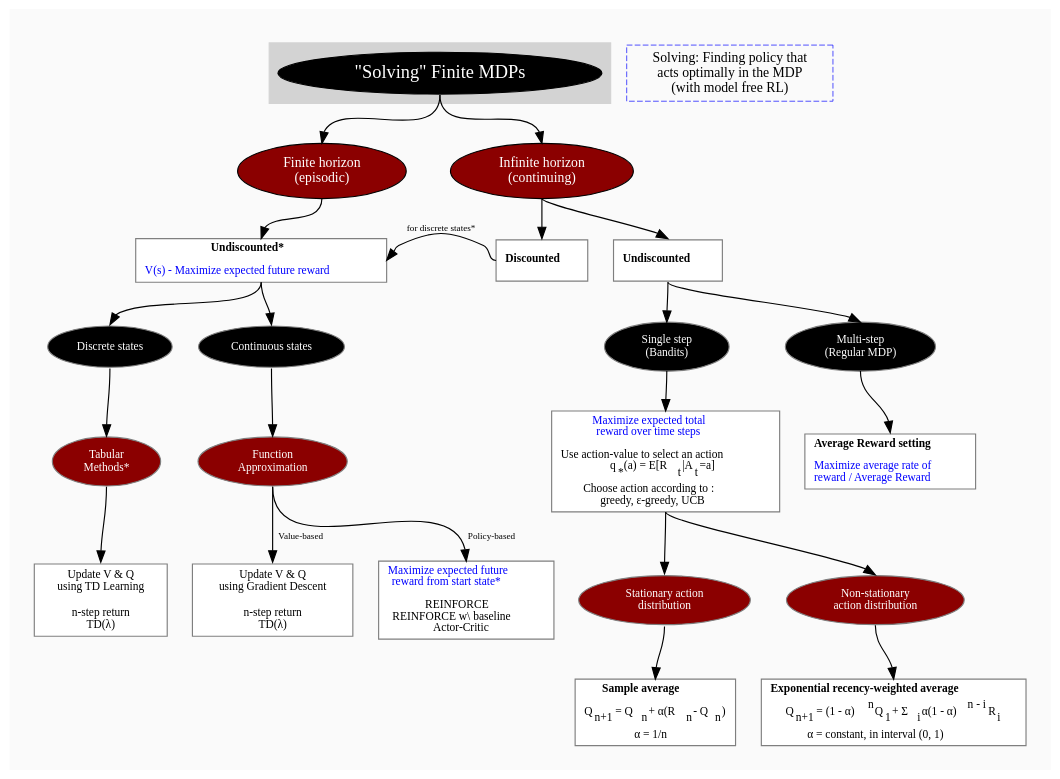
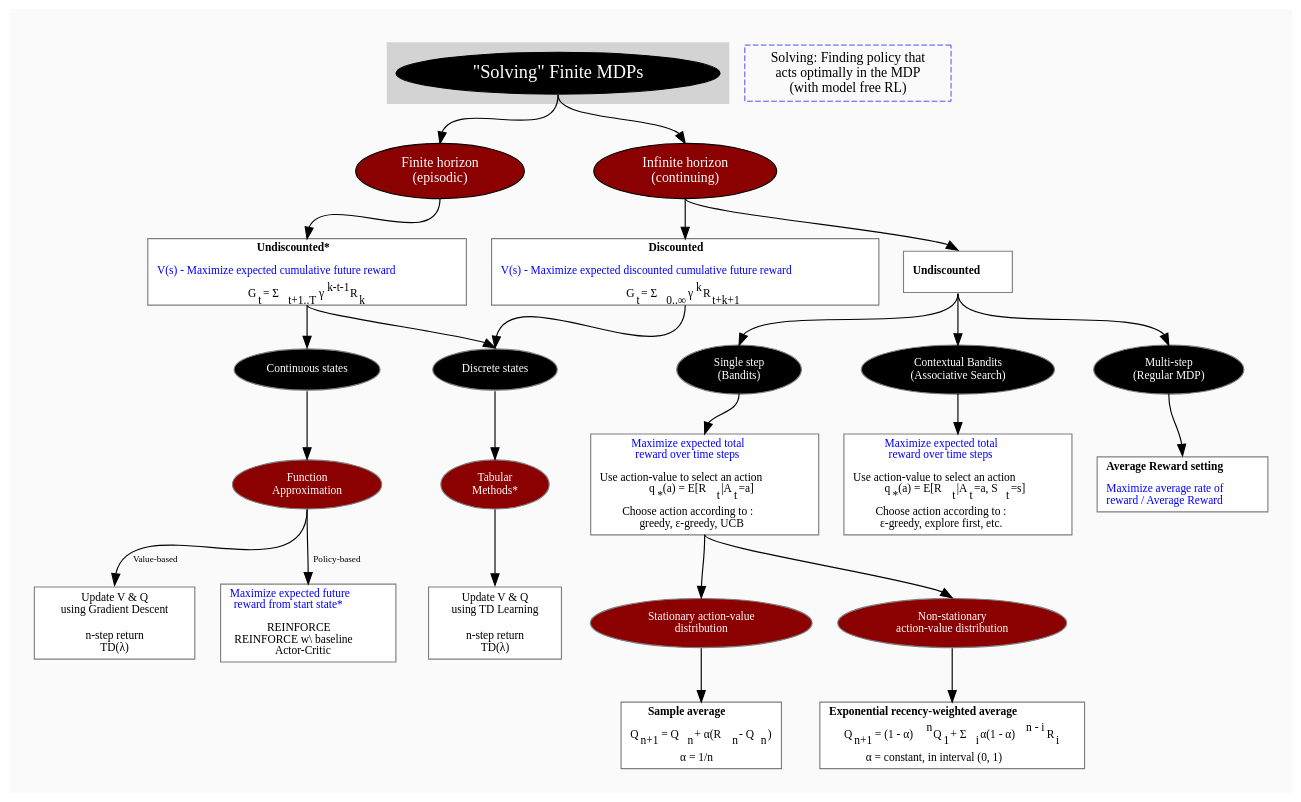
The diagram in solving_mdps_with_model_free_rl/solving_mdps_with_model_free_rl.dot (amy12xx/ml_notes_and_reports), drawn with Graphviz before and after one commit. The commit also changed 1 other file, not shown here.

```diff
--- a/solving_mdps_with_model_free_rl/solving_mdps_with_model_free_rl.dot
+++ b/solving_mdps_with_model_free_rl/solving_mdps_with_model_free_rl.dot
@@ -1,156 +1,179 @@
 digraph G {
 splines=true
 bgcolor=grey98
 pad=0.3
 style=filled
 edge[minlen=2]
 edge[headport=n, tailport=s, label=""]
 node[style=filled, fontcolor=white]
 ranksep=0.1
 nodesep=0.3
 
 
 // LEVEL 1
 subgraph cluster_0 {
 style=filled
 color=lightgrey
 fontsize=12
 node[fillcolor=black, fontcolor=white, fontsize=16]
 a1[label="\"Solving\" Finite MDPs"]
 //label = "Solving \: finding policy that acts optimally\n in the MDP";
 //labelloc = "b";
 }
 
 
 // LEVEL 2
 node[fillcolor=red4, fontsize=12]
 b1[label="Finite horizon \n(episodic)"]
 node[fillcolor=red4, fontsize=12]
 b2[label="Infinite horizon \n(continuing)"]
 a1-> b1
 a1-> b2
 
 
 // LEVEL 3
 node[fontcolor=black, fontsize=10]
 node[shape=box, fillcolor=white, color=grey50]
-c1[label=<<b>Undiscounted*</b> <br/><br/><font color="blue">V(s) - Maximize expected future reward</font>>]
+c1[label=<<b>Undiscounted*</b> <br/><br/>
+<font color="blue">V(s) - Maximize expected cumulative future reward</font>
+<br/><br/>
+G<sub>t</sub> = &Sigma;<sub>t+1..T</sub>&gamma;<sup>k-t-1</sup>R<sub>k</sub>
+>]
 node[shape=box, fillcolor=white, color=grey50]
-c2[label=<<b>Discounted</b>>]
-edge[headport=e, tailport=w, label="for discrete states*", fontsize=8]
-c2-> c1[constraint=false]
+c2[label=<<b>Discounted</b><br/><br/>
+<font color="blue">V(s) - Maximize expected discounted cumulative future reward</font>
+<br/><br/>
+G<sub>t</sub> = &Sigma;<sub>0..&infin;</sub>&gamma;<sup>k</sup>R<sub>t+k+1</sub>
+>]
 node[shape=box, fillcolor=white, color=grey50]
 c3[label=<<b>Undiscounted</b>>]
 edge[headport=n, tailport=s, label="", style=filled]
 b1-> c1
 b2-> c2
 b2-> c3
 
 
 // LEVEL 4
 node[style="filled", shape=ellipse, fillcolor=black, fontcolor=white, fontsize=10]
+d2[label="Continuous states"]
+node[style="filled", shape=ellipse, fillcolor=black, fontcolor=white, fontsize=10]
 d1[label="Discrete states"]
-node[style="filled", shape=ellipse, fillcolor=black, fontcolor=white, fontsize=10]
-d2[label="Continuous states"]
 c1-> d1
 c1-> d2
 
+edge[headport=n, tailport=s, label="", fontsize=8]
+c2-> d1
 
 // LEVEL 5
 node[fillcolor=red4, fontcolor=white, fontsize=10]
 e1[label="Tabular \nMethods\*"]
 d1-> e1
 
 node[fillcolor=red4, fontcolor=white, fontsize=10]
 e2[label="Function \nApproximation"]
 d2-> e2
 
 
 // LEVEL 6
 node[fillcolor=white, fontcolor=black, shape=box, fontsize=10]
 f1[label="Update V & Q \nusing TD Learning \n \nn\-step return \nTD\(&lambda;\)"]
 e1-> f1
 
 node[fillcolor=white, fontcolor=black, shape=box, fontsize=10]
 f2[label="Update V & Q \nusing Gradient Descent \n \nn\-step return \nTD\(&lambda;\)"]
 edge[label="Value-based", fontsize=8]
 e2-> f2
 
 node[fillcolor=white, fontcolor=black, shape=box, fontsize=10]
 f3[label=<
 <font color="blue">Maximize expected future <br/>
 reward from start state* </font> <br/><br/> REINFORCE <br/>REINFORCE w\ baseline <br/>Actor-Critic
 >]
 edge[label="Policy-based", fontsize=8]
 e2-> f3
 
 
 node[fillcolor=black, shape=ellipse, fontcolor=white, fontsize=10]
 g1[label="Single step \n \(Bandits\)"]
 edge[label="", minlen=2]
 c3-> g1
 
 node[fillcolor=black, shape=ellipse, fontcolor=white, fontsize=10]
-g2[label="Multi\-step \n\(Regular MDP\)"]
+g2[label="Contextual Bandits \n(Associative Search)"]
 edge[label="", minlen=2]
 c3-> g2
 
-//edge[headport=w, tailport=e, label="contextual bandits", fontsize=8]
-//g1-> g2[constraint=false]
+node[fillcolor=black, shape=ellipse, fontcolor=white, fontsize=10]
+g3[label="Multi\-step \n\(Regular MDP\)"]
+edge[label="", minlen=2]
+c3-> g3
+
 
 node[fillcolor=white, fontcolor=black, shape=box, fontsize=10]
 h1[label=<<font color="blue">Maximize expected total <BR/>
 reward over time steps </font><BR/><BR/>
 Use action-value to select an action <BR/>
 q<sub>*</sub>(a) = E[R<sub>t</sub>|A<sub>t</sub>=a]
 <br/><br/>
 Choose action according to :<br/>
 greedy, &epsilon;-greedy, UCB
 >]
 edge[headport=n, tailport=s, label="", fontsize=8]
 g1-> h1
 
+node[fillcolor=white, fontcolor=black, shape=box, fontsize=10]
+h2[label=<<font color="blue">Maximize expected total <BR/>
+reward over time steps </font><BR/><BR/>
+Use action-value to select an action <BR/>
+q<sub>*</sub>(a) = E[R<sub>t</sub>|A<sub>t</sub>=a, S<sub>t</sub>=s]
+<br/><br/>
+Choose action according to :<br/>
+&epsilon;-greedy, explore first, etc.
+>]
+edge[headport=n, tailport=s, label="", fontsize=8]
+g2-> h2
+
 node[style="filled", shape=ellipse, fillcolor=red4, fontcolor=white, fontsize=10]
-i1[label="Stationary action \ndistribution"]
+i1[label="Stationary action-value \ndistribution"]
 node[style="filled", shape=ellipse, fillcolor=red4, fontcolor=white, fontsize=10]
-i2[label="Non-stationary \naction distribution"]
+i2[label="Non-stationary \naction-value distribution"]
 h1-> i1
 h1-> i2
 
 node[fillcolor=white, fontcolor=black, shape=box, fontsize=10]
 j1[label=<
 <B>Sample average</B> <BR/><BR/>
 Q<sub>n+1</sub> = Q<sub>n</sub> + &alpha;(R<sub>n</sub> - Q<sub>n</sub>)
 <BR/><BR/>
 &alpha; = 1/n
 >]
 edge[label="", fontsize=8]
 i1-> j1
 
 node[fillcolor=white, fontcolor=black, shape=box, fontsize=10]
 j2[label=<
 <B>Exponential recency-weighted average</B><BR/><BR/>
 Q<sub>n+1</sub> = (1 - &alpha;)<sup>n</sup>Q<sub>1</sub> + &Sigma;<sub>i</sub> &alpha;(1 - &alpha;)<sup>n - i</sup>R<sub>i</sub>
 <BR/><BR/>
 &alpha; = constant, in interval (0, 1)
 >]
 edge[label="", fontsize=8]
 i2-> j2
 
 node[fillcolor=white, fontcolor=black, shape=box, fontsize=10]
-h2[label=<
+h3[label=<
 <b>Average Reward setting</b>
 <br/><br/>
 <font color="blue">Maximize average rate of <br/> reward / Average Reward</font>
 >]
 edge[label="", fontsize=8]
-g2-> h2
+g3-> h3
 
 // REMARQUES EN BLEU
 node[color=blue, shape=box, margin=0.07, fontcolor=black, fontsize=12, style="dashed", penwidth=0.6]
 //edge[color=blue, arrowhead="none", xlabel="", style="dashed", penwidth=0.6]
  r1[label="Solving: Finding policy that \n acts optimally in the MDP \n(with model free RL)"]
 // {rank=same;->r1}
 // {rank=same;r1->[dir=back]}
 
 }
```
